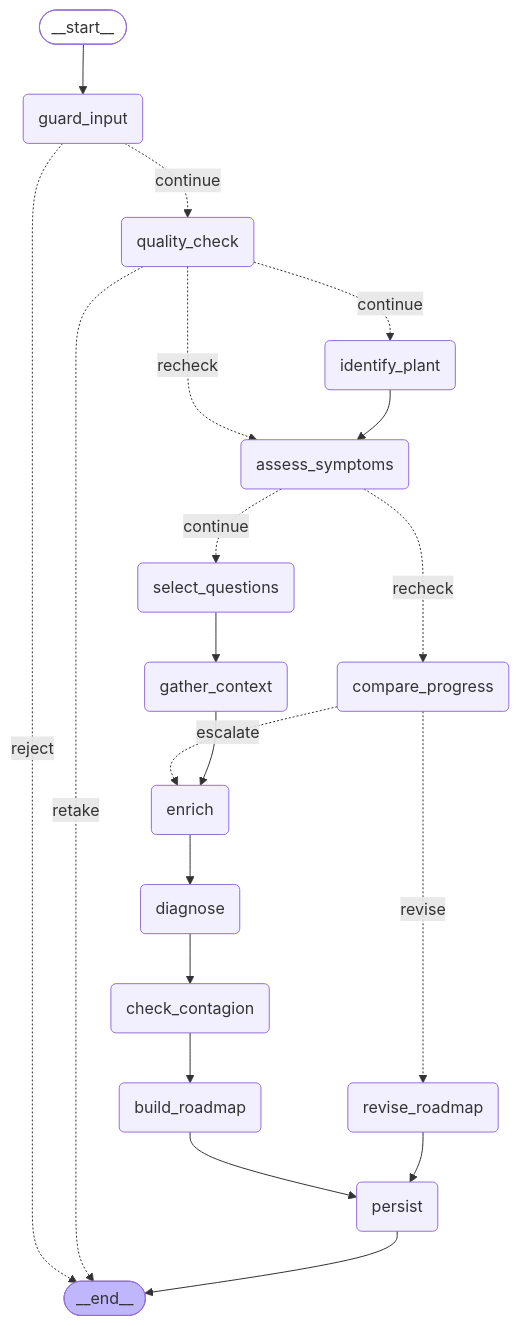
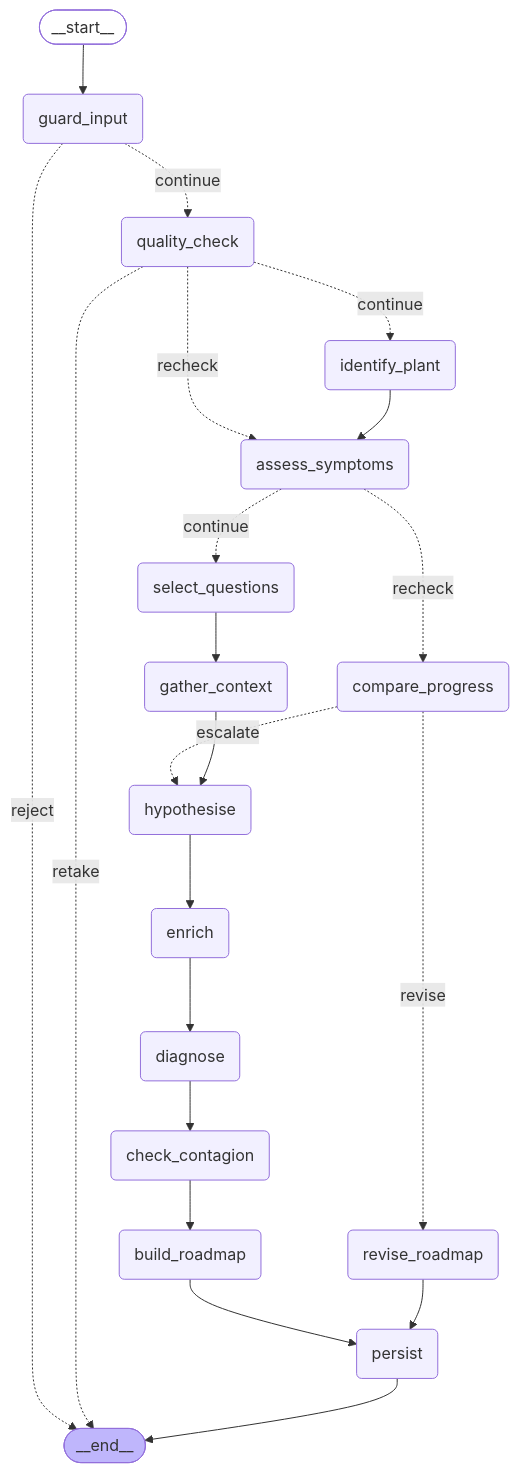
The first of 2 diagrams in docs/agent-graph.md (FelixBoegge/plantopia), drawn with Mermaid before and after one commit. The commit also changed other lines of this file and 15 other files, not shown here.

````diff
--- a/docs/agent-graph.md
+++ b/docs/agent-graph.md
@@ -16,40 +16,42 @@
 ```mermaid
 graph TD;
 	__start__([__start__]):::first
 	guard_input(guard_input)
 	quality_check(quality_check)
 	identify_plant(identify_plant)
 	assess_symptoms(assess_symptoms)
 	select_questions(select_questions)
 	gather_context(gather_context)
+	hypothesise(hypothesise)
 	enrich(enrich)
 	diagnose(diagnose)
 	check_contagion(check_contagion)
 	build_roadmap(build_roadmap)
 	persist(persist)
 	compare_progress(compare_progress)
 	revise_roadmap(revise_roadmap)
 	__end__([__end__]):::last
 	__start__ --> guard_input;
 	guard_input -. reject .-> __end__;
 	guard_input -. continue .-> quality_check;
 	quality_check -. retake .-> __end__;
 	quality_check -. recheck .-> assess_symptoms;
 	quality_check -. continue .-> identify_plant;
 	identify_plant --> assess_symptoms;
 	assess_symptoms -. recheck .-> compare_progress;
 	assess_symptoms -. continue .-> select_questions;
-	compare_progress -. escalate .-> enrich;
+	compare_progress -. escalate .-> hypothesise;
 	compare_progress -. revise .-> revise_roadmap;
 	select_questions --> gather_context;
-	gather_context --> enrich;
+	gather_context --> hypothesise;
+	hypothesise --> enrich;
 	enrich --> diagnose;
 	diagnose --> check_contagion;
 	check_contagion --> build_roadmap;
 	build_roadmap --> persist;
 	revise_roadmap --> persist;
 	persist --> __end__;
 	classDef default fill:#f2f0ff,line-height:1.2
 	classDef first fill-opacity:0
 	classDef last fill:#bfb6fc
 ```
````
